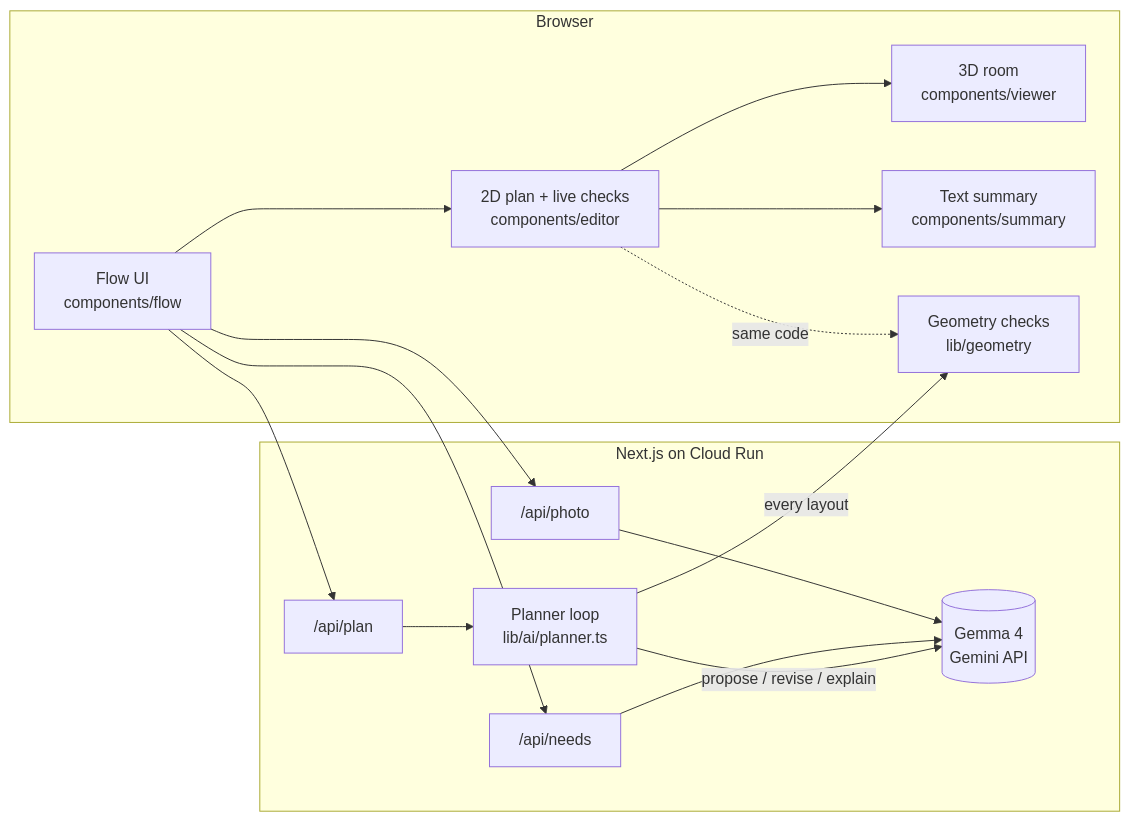
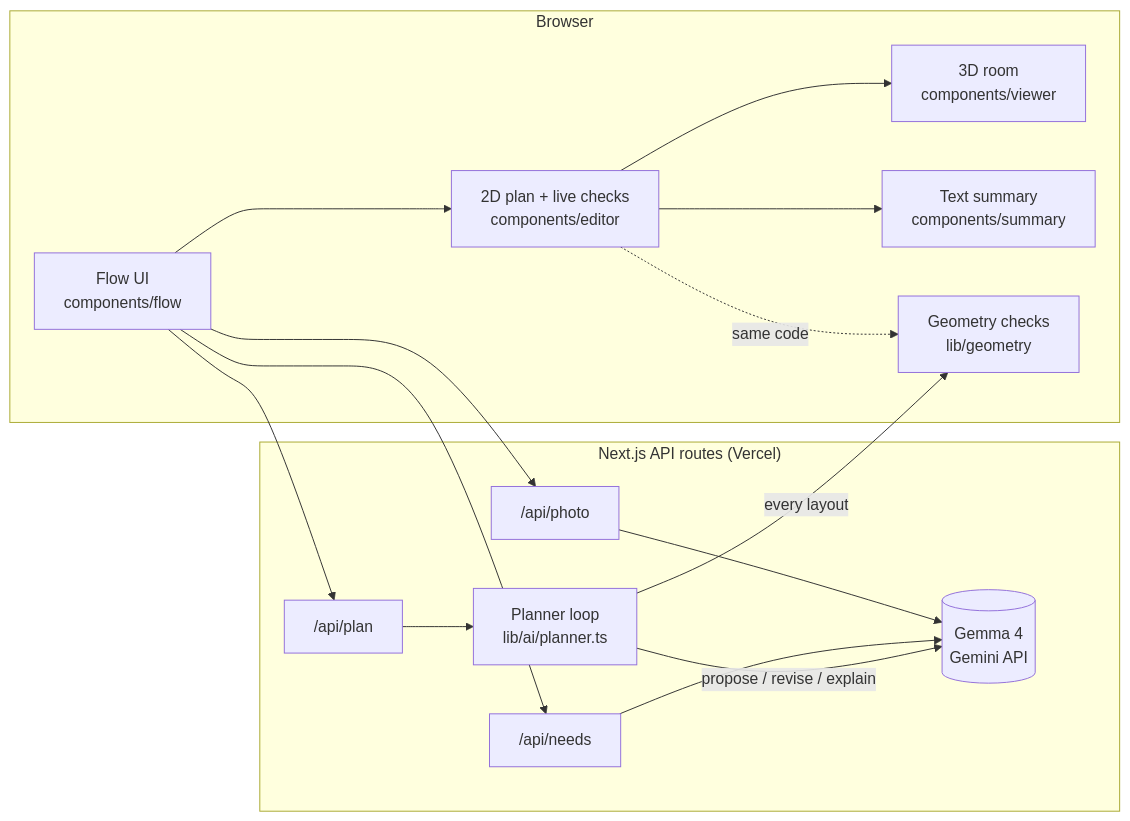
The diagram in README.md (timpactwa/MLH_Team28_Hackathon), drawn with Mermaid before and after one commit. The commit also changed other lines of this file and 10 other files, not shown here.

First line of the commit message:
T-401: move hosting from Cloud Run to Vercel; drop Dockerfile, Secret Manager and credits notes

````diff
--- a/README.md
+++ b/README.md
@@ -19,17 +19,17 @@
 ```mermaid
 flowchart LR
   subgraph Browser
     UI[Flow UI<br/>components/flow] --> Editor[2D plan + live checks<br/>components/editor]
     Editor --> Viewer[3D room<br/>components/viewer]
     Editor --> Summary[Text summary<br/>components/summary]
     Editor -. same code .-> Geo
   end
-  subgraph Server["Next.js on Cloud Run"]
+  subgraph Server["Next.js API routes (Vercel)"]
     Photo["/api/photo"] --> Gemma
     Needs["/api/needs"] --> Gemma
     Plan["/api/plan"] --> Planner[Planner loop<br/>lib/ai/planner.ts]
     Planner -- propose / revise / explain --> Gemma[(Gemma 4<br/>Gemini API)]
     Planner -- every layout --> Geo[Geometry checks<br/>lib/geometry]
   end
   UI --> Photo & Needs & Plan
 ```
````
